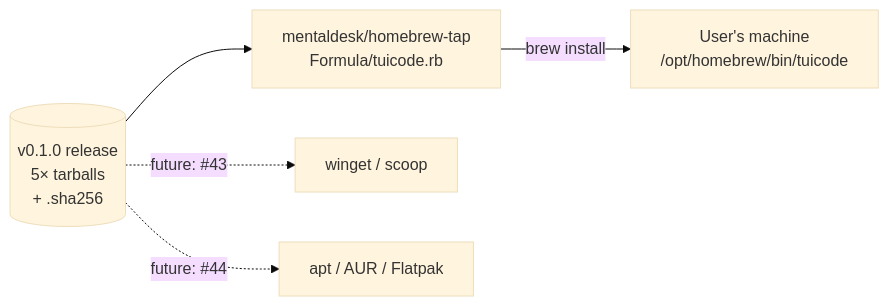
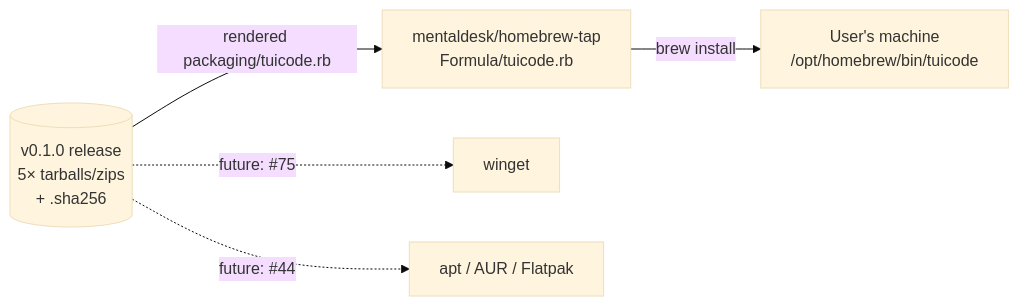
One commit to mentaldesk/TuiCode changed the second of 2 diagrams in CONTRIBUTING.md. Above: the diagram before and after it, drawn with Mermaid (base theme). The commit also changed other lines of this file and 7 other files, not shown here.

````diff
--- a/CONTRIBUTING.md
+++ b/CONTRIBUTING.md
@@ -121,9 +73,9 @@
 ```mermaid
 flowchart LR
-    Release[("v0.1.0 release<br/>5× tarballs<br/>+ .sha256")]
-    Release --> Tap["mentaldesk/homebrew-tap<br/>Formula/tuicode.rb"]
+    Release[("v0.1.0 release<br/>5× tarballs/zips<br/>+ .sha256")]
+    Release -->|"rendered packaging/tuicode.rb"| Tap["mentaldesk/homebrew-tap<br/>Formula/tuicode.rb"]
     Tap -->|brew install| User["User's machine<br/>/opt/homebrew/bin/tuicode"]
 
-    Release -.->|future: #43| Winget["winget / scoop"]
+    Release -.->|future: #75| Winget["winget"]
     Release -.->|future: #44| Linux["apt / AUR / Flatpak"]
 ```
````
